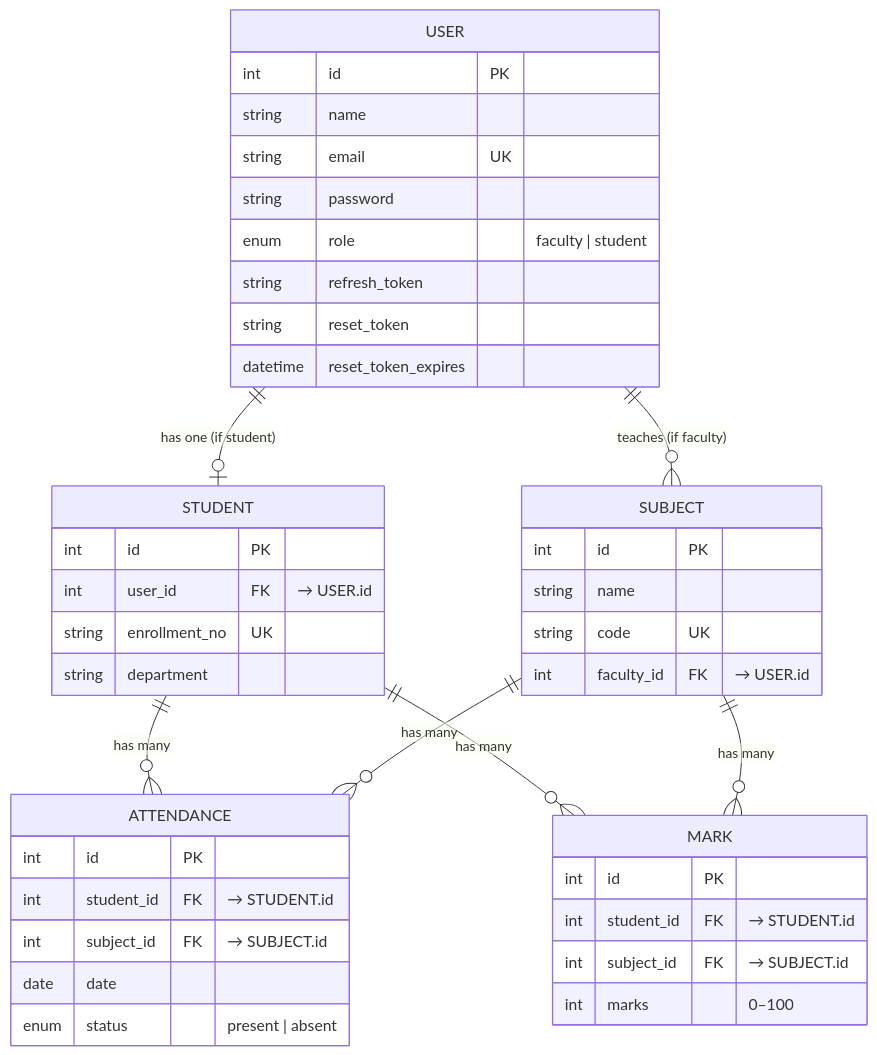
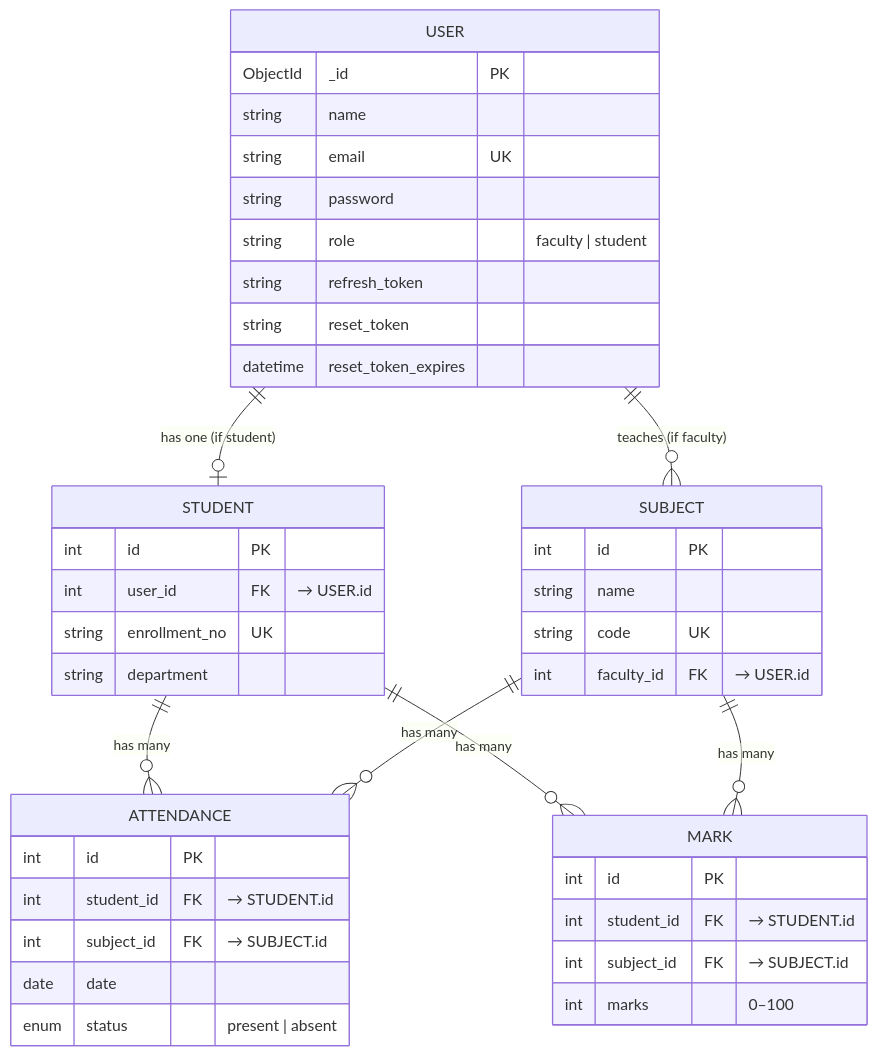
The second of 2 diagrams in analysis_results.md (mayank-shriv/Student_Management_System), drawn with Mermaid before and after one commit. The commit also changed other lines of this file and 2 other files, not shown here.

````diff
--- a/analysis_results.md
+++ b/analysis_results.md
@@ -91,49 +91,49 @@
 ```mermaid
 erDiagram
     USER {
-        int id PK
+        ObjectId _id PK
         string name
         string email UK
         string password
-        enum role "faculty | student"
+        string role "faculty | student"
         string refresh_token
         string reset_token
         datetime reset_token_expires
     }
 
     STUDENT {
         int id PK
         int user_id FK "→ USER.id"
         string enrollment_no UK
         string department
     }
 
     SUBJECT {
         int id PK
         string name
         string code UK
         int faculty_id FK "→ USER.id"
     }
 
     ATTENDANCE {
         int id PK
         int student_id FK "→ STUDENT.id"
         int subject_id FK "→ SUBJECT.id"
         date date
         enum status "present | absent"
     }
 
     MARK {
         int id PK
         int student_id FK "→ STUDENT.id"
         int subject_id FK "→ SUBJECT.id"
         int marks "0–100"
     }
 
     USER ||--o| STUDENT : "has one (if student)"
     USER ||--o{ SUBJECT : "teaches (if faculty)"
     STUDENT ||--o{ ATTENDANCE : "has many"
     STUDENT ||--o{ MARK : "has many"
     SUBJECT ||--o{ ATTENDANCE : "has many"
     SUBJECT ||--o{ MARK : "has many"
 ```
````
